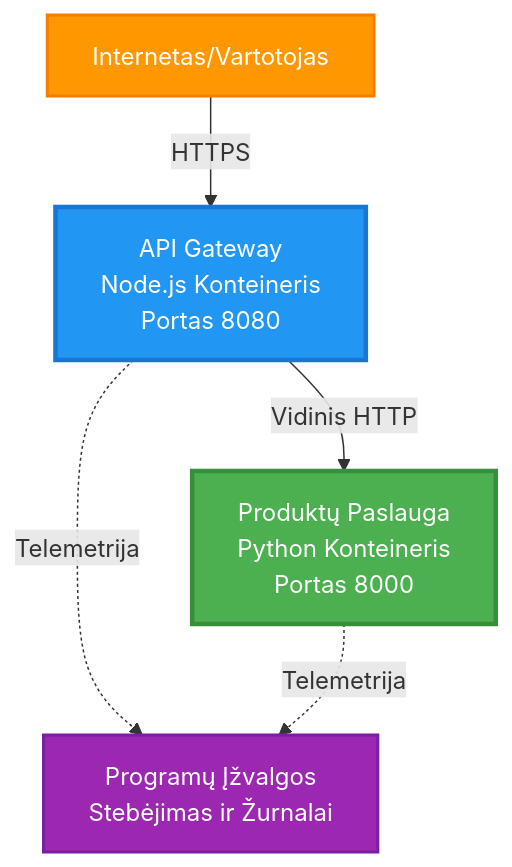
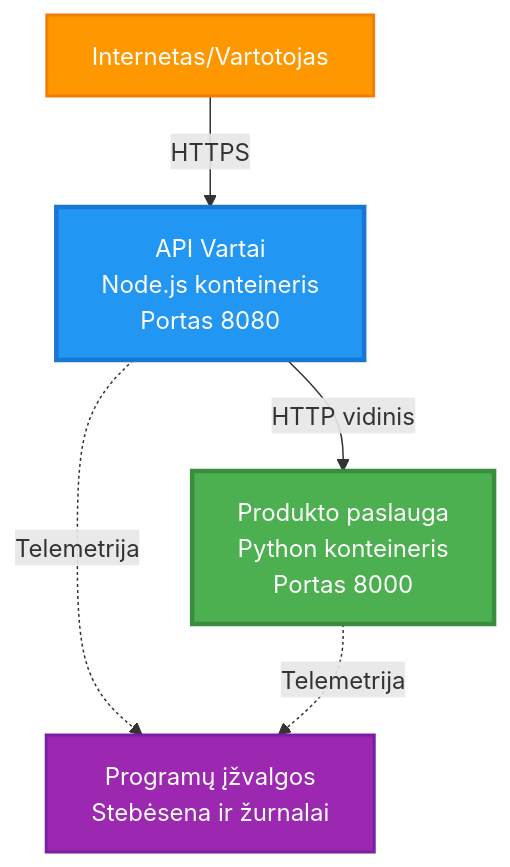
Before and after one commit to microsoft/AZD-for-beginners: the first of 4 diagrams in translations/lt/examples/microservices/README.md, drawn with Mermaid. The commit also changed other lines of this file and 242 other files, not shown here.

````diff
--- a/translations/lt/examples/microservices/README.md
+++ b/translations/lt/examples/microservices/README.md
@@ -40,17 +31,17 @@
 ```mermaid
 graph TB
     Internet[Internetas/Vartotojas]
-    Gateway[API Gateway<br/>Node.js Konteineris<br/>Portas 8080]
-    Product[Produktų Paslauga<br/>Python Konteineris<br/>Portas 8000]
-    AppInsights[Programų Įžvalgos<br/>Stebėjimas ir Žurnalai]
+    Gateway[API Vartai<br/>Node.js konteineris<br/>Portas 8080]
+    Product[Produkto paslauga<br/>Python konteineris<br/>Portas 8000]
+    AppInsights[Programų įžvalgos<br/>Stebėsena ir žurnalai]
     
     Internet -->|HTTPS| Gateway
-    Gateway -->|Vidinis HTTP| Product
+    Gateway -->|HTTP vidinis| Product
     Gateway -.->|Telemetrija| AppInsights
     Product -.->|Telemetrija| AppInsights
     
     style Gateway fill:#2196F3,stroke:#1976D2,stroke-width:3px,color:#fff
     style Product fill:#4CAF50,stroke:#388E3C,stroke-width:3px,color:#fff
     style Internet fill:#FF9800,stroke:#F57C00,stroke-width:2px,color:#fff
     style AppInsights fill:#9C27B0,stroke:#7B1FA2,stroke-width:2px,color:#fff
 ```
````
